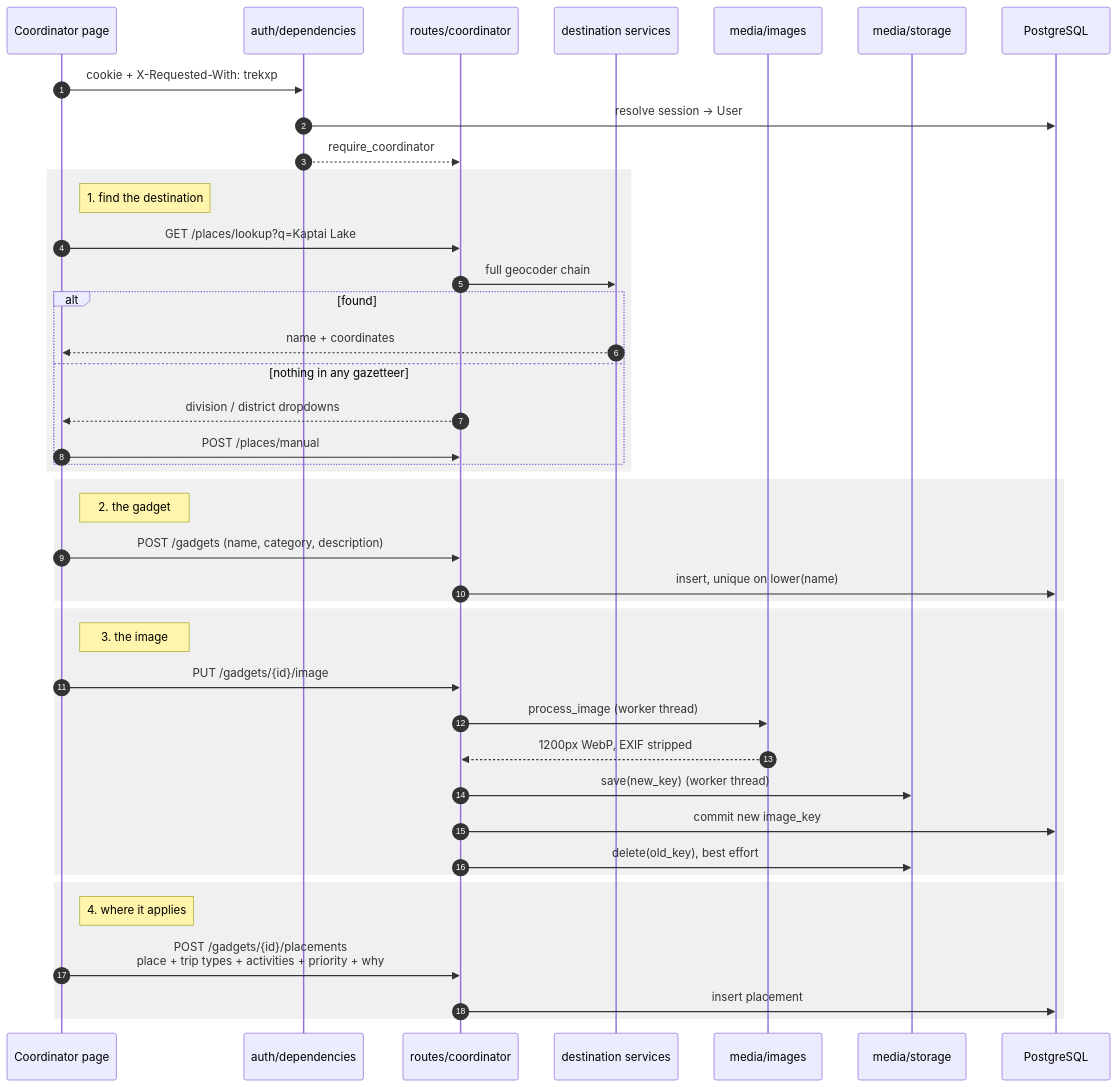
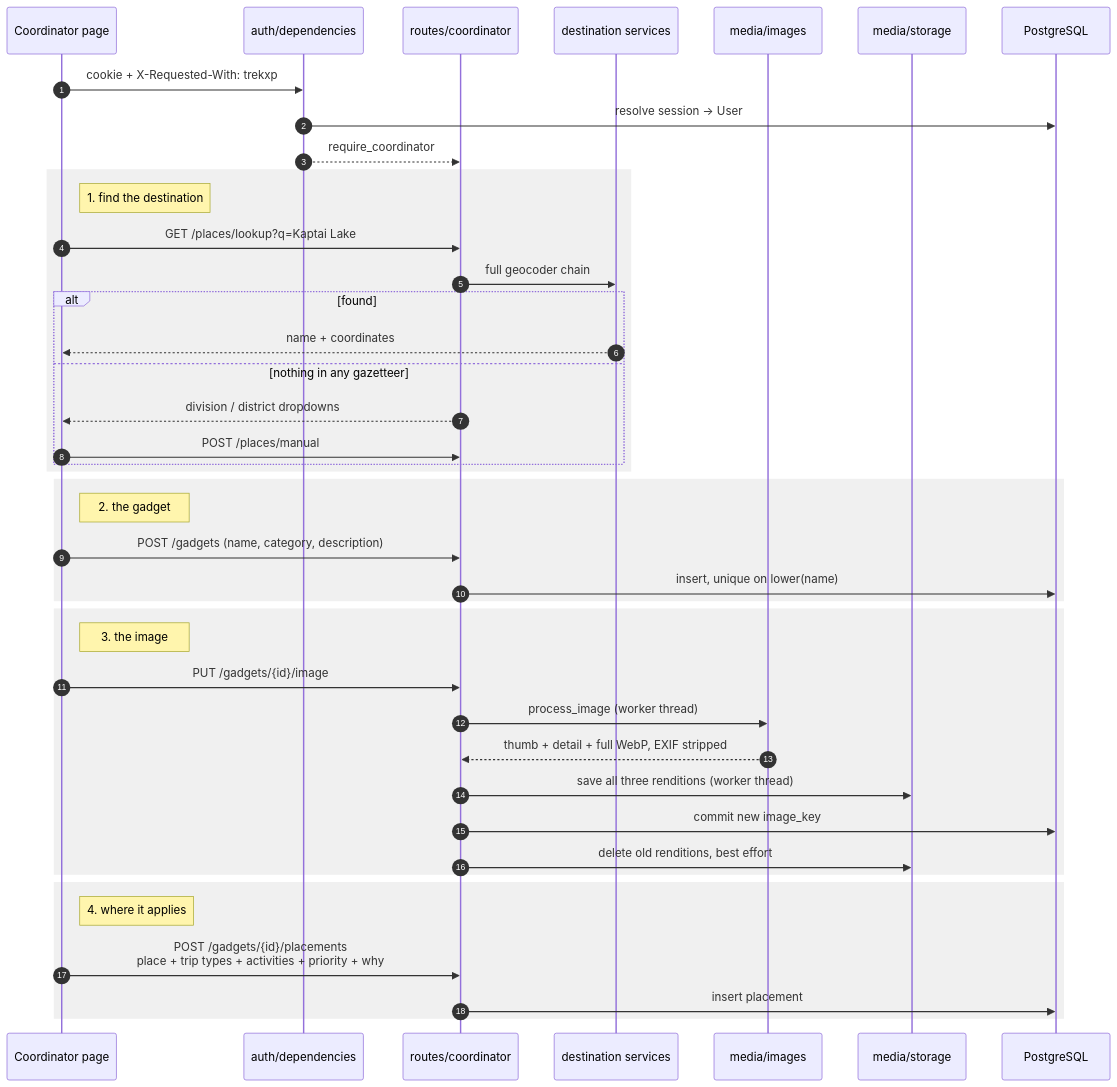
One commit to Hassan644050/Trek_XP changed the third of 4 diagrams in docs/ARCHITECTURE.md. Above: the diagram before and after it, drawn with Mermaid. The commit also changed other lines of this file and 8 other files, not shown here.

````diff
--- a/docs/ARCHITECTURE.md
+++ b/docs/ARCHITECTURE.md
@@ -156,49 +156,49 @@
 ```mermaid
 sequenceDiagram
     autonumber
     participant C as Coordinator page
     participant AU as auth/dependencies
     participant CR as routes/coordinator
     participant GEO as destination services
     participant IM as media/images
     participant ST as media/storage
     participant DB as PostgreSQL
 
     C->>AU: cookie + X-Requested-With: trekxp
     AU->>DB: resolve session → User
     AU-->>CR: require_coordinator
 
     rect rgb(240, 240, 240)
     note right of C: 1. find the destination
     C->>CR: GET /places/lookup?q=Kaptai Lake
     CR->>GEO: full geocoder chain
     alt found
         GEO-->>C: name + coordinates
     else nothing in any gazetteer
         CR-->>C: division / district dropdowns
         C->>CR: POST /places/manual
     end
     end
 
     rect rgb(240, 240, 240)
     note right of C: 2. the gadget
     C->>CR: POST /gadgets (name, category, description)
     CR->>DB: insert, unique on lower(name)
     end
 
     rect rgb(240, 240, 240)
     note right of C: 3. the image
     C->>CR: PUT /gadgets/{id}/image
     CR->>IM: process_image (worker thread)
-    IM-->>CR: 1200px WebP, EXIF stripped
-    CR->>ST: save(new_key) (worker thread)
+    IM-->>CR: thumb + detail + full WebP, EXIF stripped
+    CR->>ST: save all three renditions (worker thread)
     CR->>DB: commit new image_key
-    CR->>ST: delete(old_key), best effort
+    CR->>ST: delete old renditions, best effort
     end
 
     rect rgb(240, 240, 240)
     note right of C: 4. where it applies
     C->>CR: POST /gadgets/{id}/placements<br/>place + trip types + activities + priority + why
     CR->>DB: insert placement
     end
 ```
````
